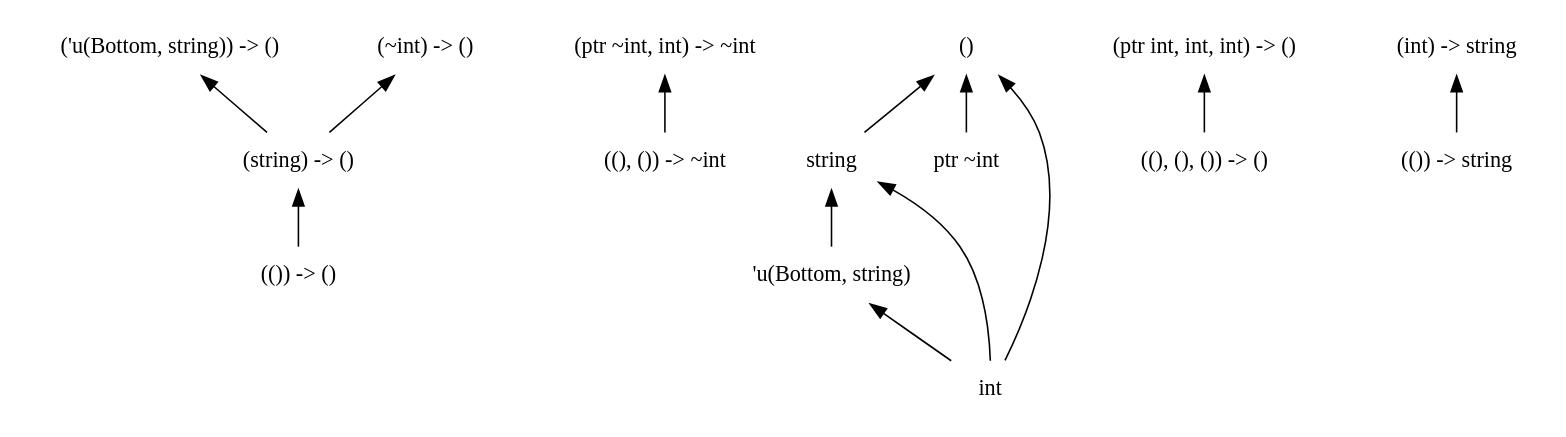
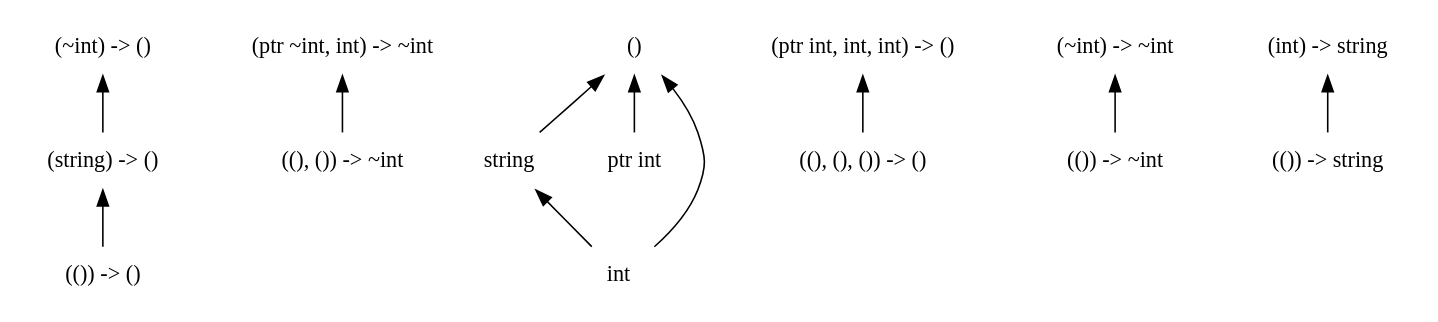
One commit to chocobo333/regino changed the diagram in dots/18.dot. Above: the diagram before and after it, drawn with Graphviz. The commit also changed 28 other files, not shown here.

```diff
--- a/dots/18.dot
+++ b/dots/18.dot
@@ -1,38 +1,36 @@
 digraph order {
   graph [
     size = "30,10"
     ];
   node [
     shape = none
     ];
   edge [
     dir = back
     ];
   "(string) -> ()"
   "(()) -> ()"
   "(ptr ~int, int) -> ~int"
   "string"
-  "'u(Bottom, string)"
   "(ptr int, int, int) -> ()"
   "((), ()) -> ~int"
+  "(~int) -> ~int"
   "()"
-  "ptr ~int"
+  "ptr int"
   "((), (), ()) -> ()"
   "(()) -> string"
-  "('u(Bottom, string)) -> ()"
   "(~int) -> ()"
   "(int) -> string"
+  "(()) -> ~int"
   "int"
   "(string) -> ()" -> "(()) -> ()"
   "(ptr ~int, int) -> ~int" -> "((), ()) -> ~int"
-  "string" -> "'u(Bottom, string)"
   "string" -> "int"
-  "('u(Bottom, string)) -> ()" -> "(string) -> ()"
+  "(ptr int, int, int) -> ()" -> "((), (), ()) -> ()"
+  "(~int) -> ~int" -> "(()) -> ~int"
+  "()" -> "string"
+  "()" -> "int"
+  "()" -> "ptr int"
   "(~int) -> ()" -> "(string) -> ()"
   "(int) -> string" -> "(()) -> string"
-  "'u(Bottom, string)" -> "int"
-  "(ptr int, int, int) -> ()" -> "((), (), ()) -> ()"
-  "()" -> "string"
-  "()" -> "int"
-  "()" -> "ptr ~int"
 }
```
